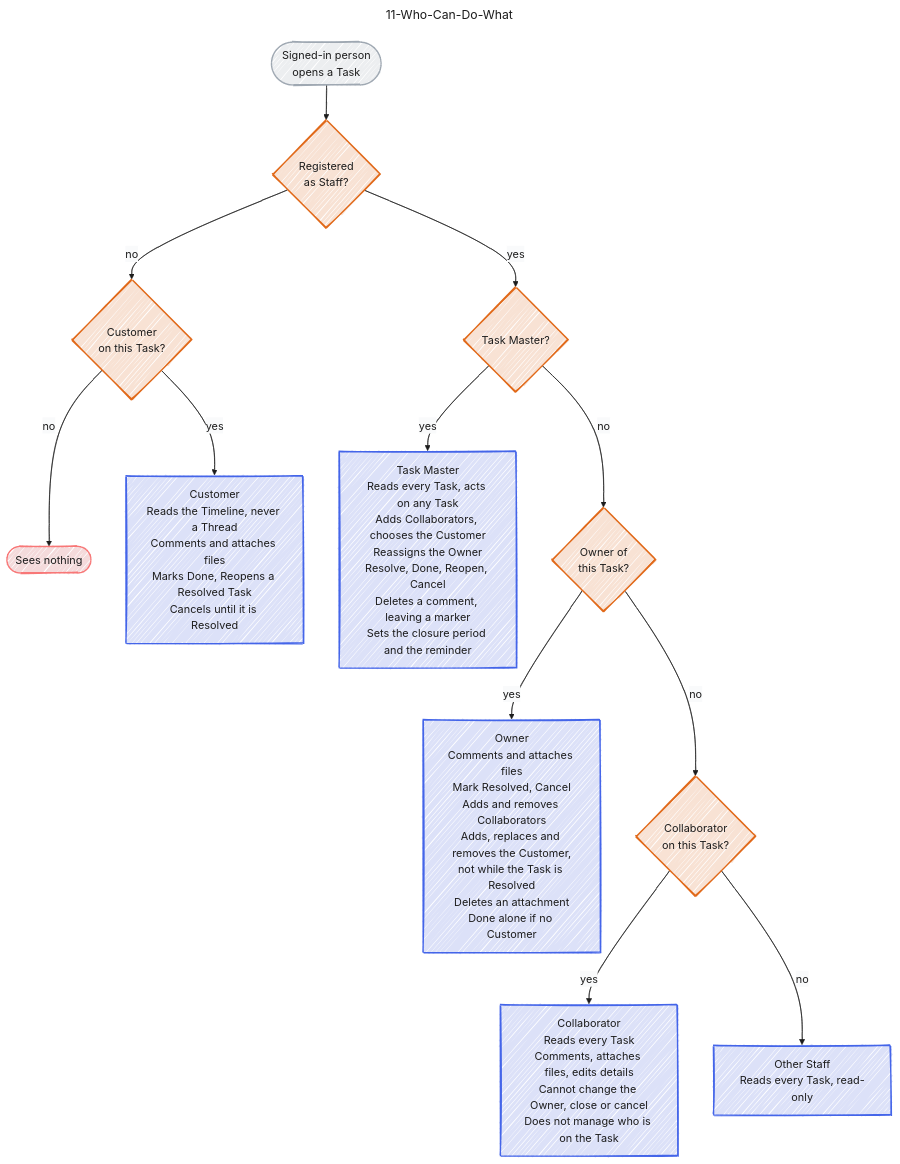
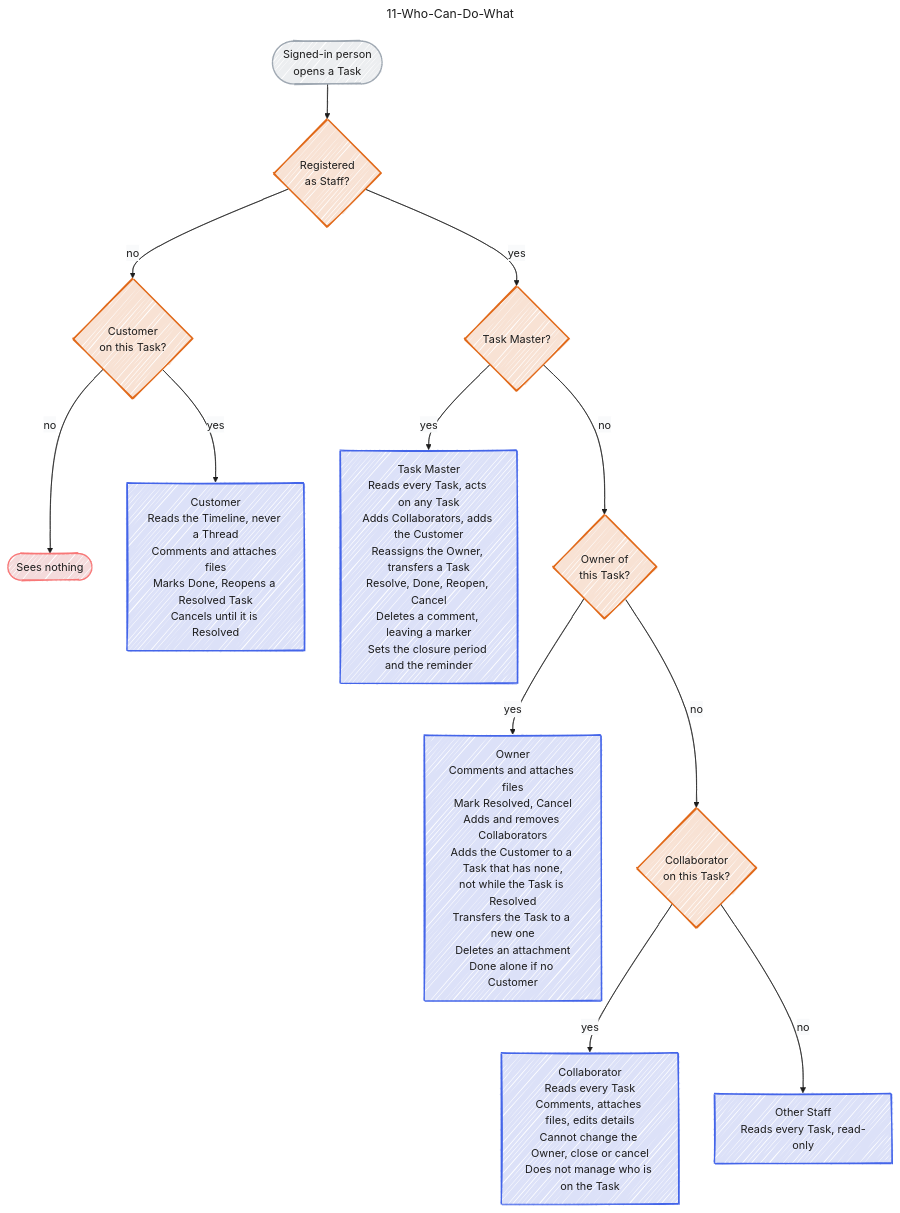
The diagram in docs/diagram/11-Who-Can-Do-What.md (jedt3d/tasuku), drawn with Mermaid before and after one commit. The commit also changed other lines of this file and 7 other files, not shown here.

Commit message:
docs: sync the diagrams with transferring a Task (#39)

```diff
--- a/docs/diagram/11-Who-Can-Do-What.md
+++ b/docs/diagram/11-Who-Can-Do-What.md
@@ -84,9 +84,9 @@
   isCust -->|"no"| none(["Sees nothing"]):::lred
   isCust -->|"yes"| cust["Customer<br/>Reads the Timeline, never a Thread<br/>Comments and attaches files<br/>Marks Done, Reopens a Resolved Task<br/>Cancels until it is Resolved"]:::blue
   isStaff -->|"yes"| isMaster{"Task Master?"}:::orange
-  isMaster -->|"yes"| master["Task Master<br/>Reads every Task, acts on any Task<br/>Adds Collaborators, chooses the Customer<br/>Reassigns the Owner<br/>Resolve, Done, Reopen, Cancel<br/>Deletes a comment, leaving a marker<br/>Sets the closure period and the reminder"]:::blue
+  isMaster -->|"yes"| master["Task Master<br/>Reads every Task, acts on any Task<br/>Adds Collaborators, adds the Customer<br/>Reassigns the Owner, transfers a Task<br/>Resolve, Done, Reopen, Cancel<br/>Deletes a comment, leaving a marker<br/>Sets the closure period and the reminder"]:::blue
   isMaster -->|"no"| isOwner{"Owner of<br/>this Task?"}:::orange
-  isOwner -->|"yes"| owner["Owner<br/>Comments and attaches files<br/>Mark Resolved, Cancel<br/>Adds and removes Collaborators<br/>Adds, replaces and removes the Customer,<br/>not while the Task is Resolved<br/>Deletes an attachment<br/>Done alone if no Customer"]:::blue
+  isOwner -->|"yes"| owner["Owner<br/>Comments and attaches files<br/>Mark Resolved, Cancel<br/>Adds and removes Collaborators<br/>Adds the Customer to a Task that has none,<br/>not while the Task is Resolved<br/>Transfers the Task to a new one<br/>Deletes an attachment<br/>Done alone if no Customer"]:::blue
   isOwner -->|"no"| isCollab{"Collaborator<br/>on this Task?"}:::orange
   isCollab -->|"yes"| collab["Collaborator<br/>Reads every Task<br/>Comments, attaches files, edits details<br/>Cannot change the Owner, close or cancel<br/>Does not manage who is on the Task"]:::blue
   isCollab -->|"no"| reader["Other Staff<br/>Reads every Task, read-only"]:::blue
```
